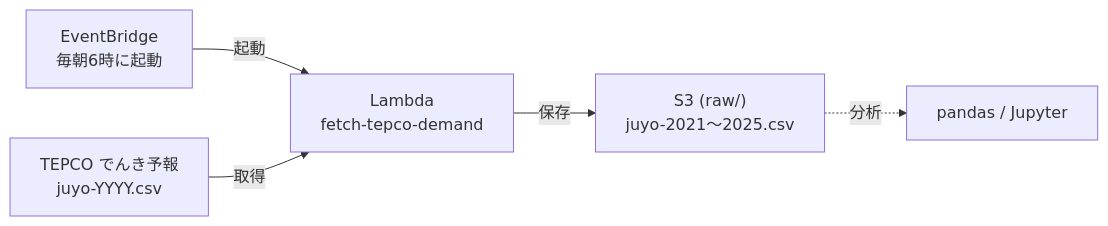
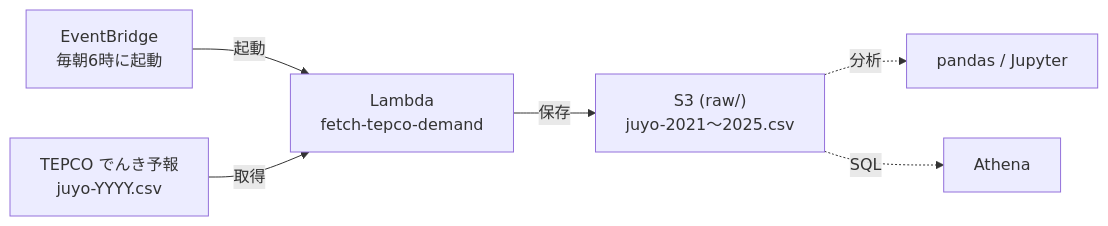
One commit to sugawarapepper66-droid/power-demand-analysis changed the diagram in docs/aws_etl.md. Above: the diagram before and after it, drawn with Mermaid. The commit also changed other lines of this file and 1 other file, not shown here.

Commit message:
docs: polish README as portfolio (highlights, real-world relevance, Athena)

````diff
--- a/docs/aws_etl.md
+++ b/docs/aws_etl.md
@@ -12,7 +12,8 @@
 ```mermaid
 flowchart LR
     EB["EventBridge<br/>毎朝6時に起動"] -->|起動| L["Lambda<br/>fetch-tepco-demand"]
     T["TEPCO でんき予報<br/>juyo-YYYY.csv"] -->|取得| L
     L -->|保存| S3["S3 (raw/)<br/>juyo-2021〜2025.csv"]
     S3 -.->|分析| NB["pandas / Jupyter"]
+    S3 -.->|SQL| AT["Athena"]
 ```
````
